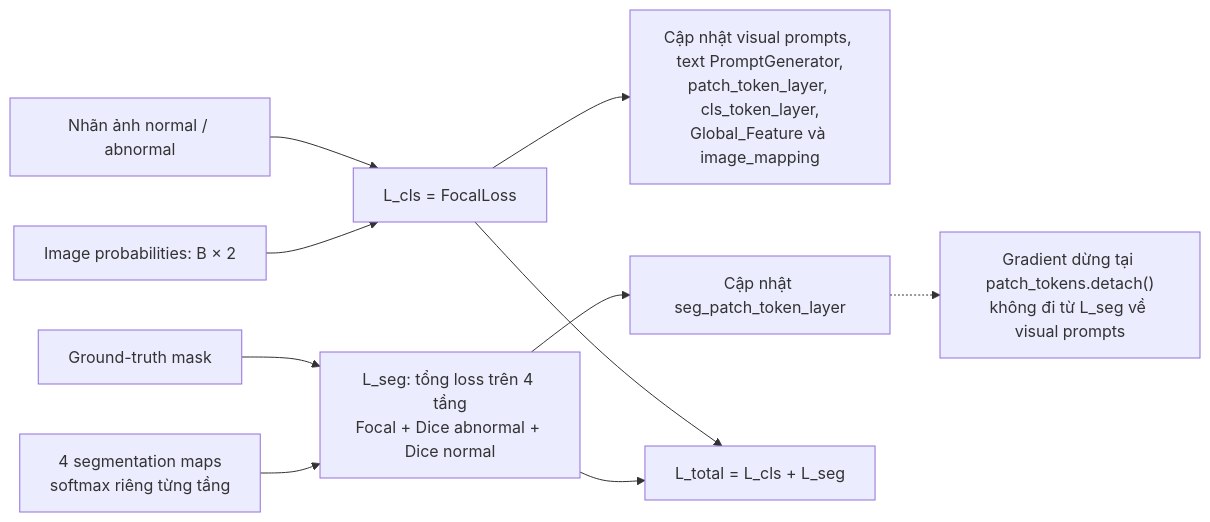
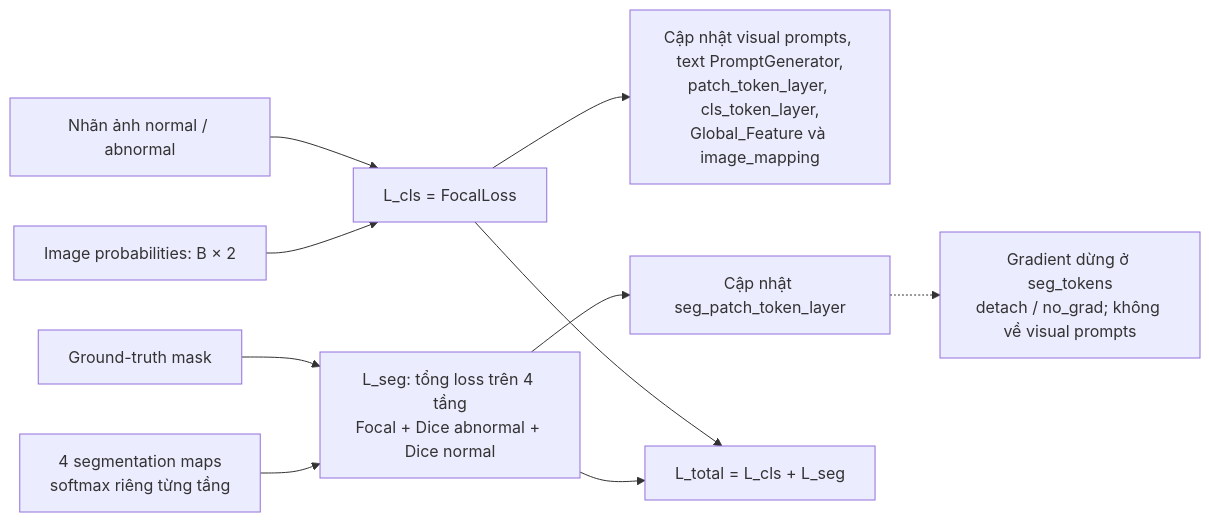
The third of 4 diagrams in docs/model_architecture.md (huutuan1705/BaselineAnomaly), drawn with Mermaid before and after one commit. The commit also changed other lines of this file and 47 other files, not shown here.

````diff
--- a/docs/model_architecture.md
+++ b/docs/model_architecture.md
@@ -143,14 +198,14 @@
 ```mermaid
 flowchart LR
     Y["Nhãn ảnh normal / abnormal"] --> LC["L_cls = FocalLoss"]
     S["Image probabilities: B × 2"] --> LC
     LC --> UC["Cập nhật visual prompts, text PromptGenerator,<br/>patch_token_layer, cls_token_layer,<br/>Global_Feature và image_mapping"]
 
     GT["Ground-truth mask"] --> LS["L_seg: tổng loss trên 4 tầng<br/>Focal + Dice abnormal + Dice normal"]
     M["4 segmentation maps<br/>softmax riêng từng tầng"] --> LS
     LS --> US["Cập nhật seg_patch_token_layer"]
-    US -.-> STOP["Gradient dừng tại patch_tokens.detach()<br/>không đi từ L_seg về visual prompts"]
+    US -.-> STOP["Gradient dừng ở seg_tokens<br/>detach / no_grad; không về visual prompts"]
 
     LC --> TOTAL["L_total = L_cls + L_seg"]
     LS --> TOTAL
 ```
````
